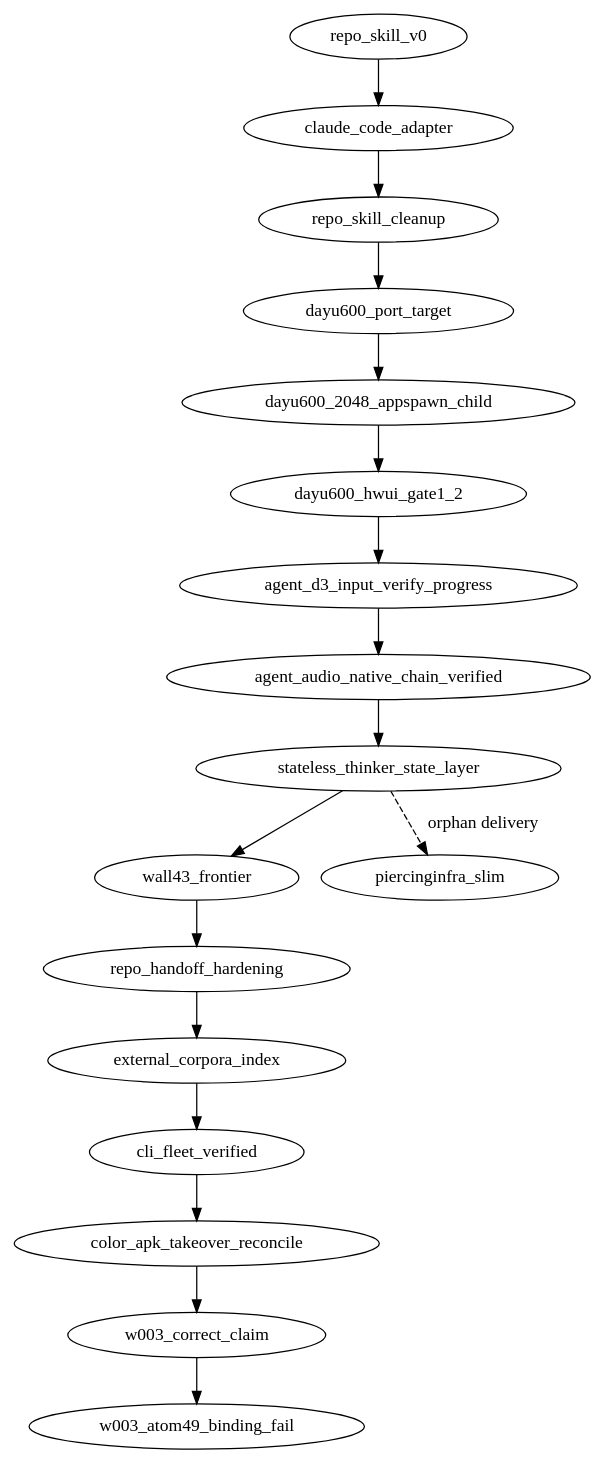
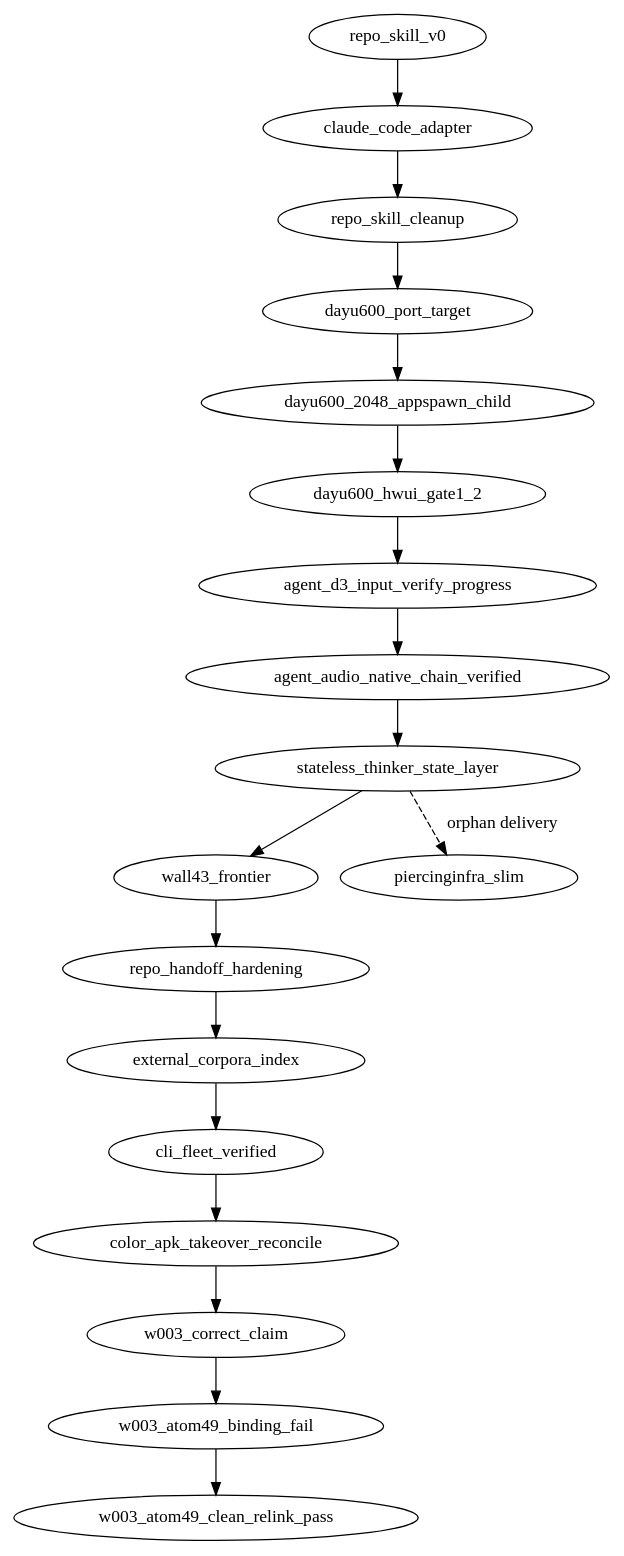
The diagram in REPO_HISTORY.dot (BH3GEI/westlake-piercing), drawn with Graphviz before and after one commit. The commit also changed 10 other files, not shown here.

First line of the commit message:
交付:W-003 #49 clean relink 通过 atom-49+atom-43

```diff
--- a/REPO_HISTORY.dot
+++ b/REPO_HISTORY.dot
@@ -208,6 +208,18 @@
     note=".repo-skill/turns/2026-07-12-w003-atom49-binding-fail.md"
   ];
 
-  repo_skill_v0 -> claude_code_adapter -> repo_skill_cleanup -> dayu600_port_target -> dayu600_2048_appspawn_child -> dayu600_hwui_gate1_2 -> agent_d3_input_verify_progress -> agent_audio_native_chain_verified -> stateless_thinker_state_layer -> wall43_frontier -> repo_handoff_hardening -> external_corpora_index -> cli_fleet_verified -> color_apk_takeover_reconcile -> w003_correct_claim -> w003_atom49_binding_fail;
+  w003_atom49_clean_relink_pass [
+    commit="self",
+    base_commit="f1b64450ab65aa077024ad74a5976d12d55759e1",
+    actor="Yao/Cursor-Worker",
+    title="W-003 clean (A)(B) relink passes atom-49 and atom-43",
+    user_input="Worker W-003: verify/fix critical-native publication path; oracle atom-49 on 5583; commit delivery.",
+    agent_action="Confirmed committed (A)(B), rebuilt libwestlake_art.so from clean HEAD, redeployed 5583, re-ran atom-49, synced KNOWN_ART_SHA/REPO_LOCK, dropped accidental build binaries from tracking.",
+    code_delta="Hash locks + evidence + launcher APEX align; runtime patches already present; no ABI flag changes.",
+    verify="atom-49 PASS crit-bind nGetFlags=5 expected=5 ok normal=ok; nested atom-43 PASS; art=0742f1c4…",
+    note=".repo-skill/turns/2026-07-12-w003-atom49-clean-relink-pass.md"
+  ];
+
+  repo_skill_v0 -> claude_code_adapter -> repo_skill_cleanup -> dayu600_port_target -> dayu600_2048_appspawn_child -> dayu600_hwui_gate1_2 -> agent_d3_input_verify_progress -> agent_audio_native_chain_verified -> stateless_thinker_state_layer -> wall43_frontier -> repo_handoff_hardening -> external_corpora_index -> cli_fleet_verified -> color_apk_takeover_reconcile -> w003_correct_claim -> w003_atom49_binding_fail -> w003_atom49_clean_relink_pass;
   stateless_thinker_state_layer -> piercinginfra_slim [style="dashed", label="orphan delivery"];
 }
```
